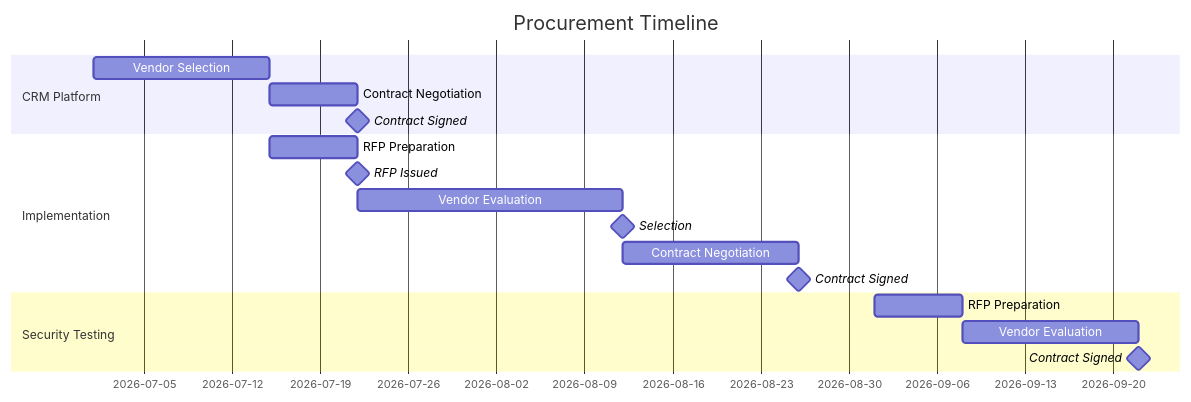
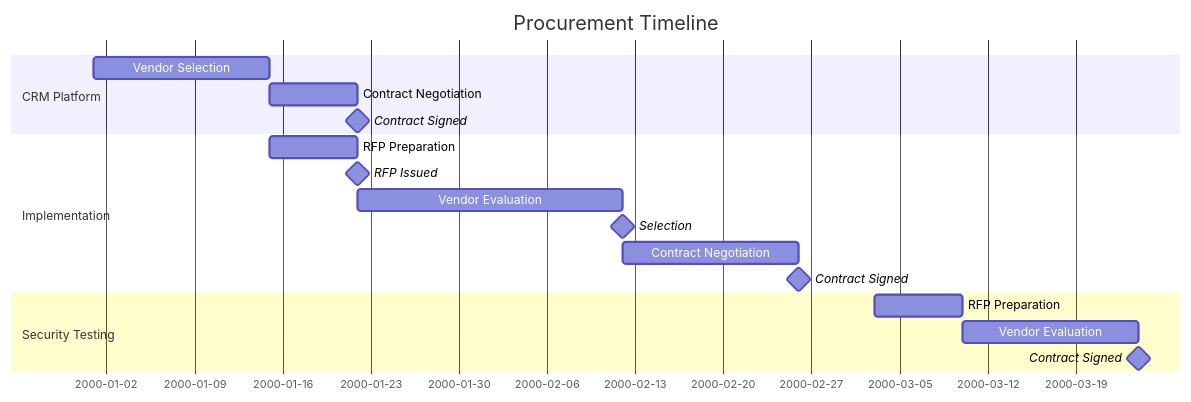
One commit to oat431/swe-knowledge changed the diagram in document-template/08_Procurement_and_Contracts/Sourcing-Strategy-Plan.md. Above: the diagram before and after it, drawn with Mermaid. The commit also changed 56 other files, not shown here.

````diff
--- a/document-template/08_Procurement_and_Contracts/Sourcing-Strategy-Plan.md
+++ b/document-template/08_Procurement_and_Contracts/Sourcing-Strategy-Plan.md
@@ -100,20 +100,21 @@
 ```mermaid
 gantt
     title Procurement Timeline
     dateFormat YYYY-MM-DD
+    %% Placeholder schedule: base 2000-01-01 = project start; recompute real dates when instantiating
     section CRM Platform
-    Vendor Selection       :a1, 2026-07-01, 14d
+    Vendor Selection       :a1, 2000-01-01, 14d
     Contract Negotiation   :a2, after a1, 7d
     Contract Signed        :milestone, after a2, 0d
     section Implementation
-    RFP Preparation        :b1, 2026-07-15, 7d
+    RFP Preparation        :b1, 2000-01-15, 7d
     RFP Issued             :milestone, after b1, 0d
     Vendor Evaluation      :b2, after b1, 21d
     Selection              :milestone, after b2, 0d
     Contract Negotiation   :b3, after b2, 14d
     Contract Signed        :milestone, after b3, 0d
     section Security Testing
-    RFP Preparation        :c1, 2026-09-01, 7d
+    RFP Preparation        :c1, 2000-03-03, 7d
     Vendor Evaluation      :c2, after c1, 14d
     Contract Signed        :milestone, after c2, 0d
 ```
````
